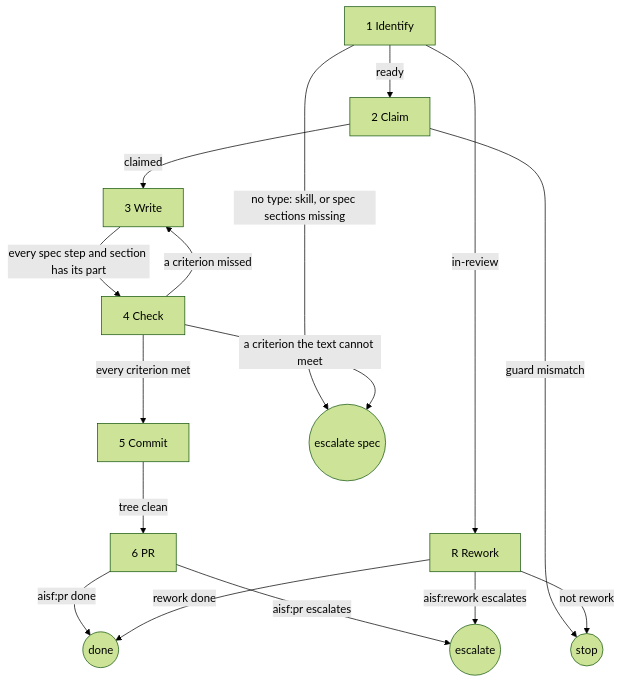
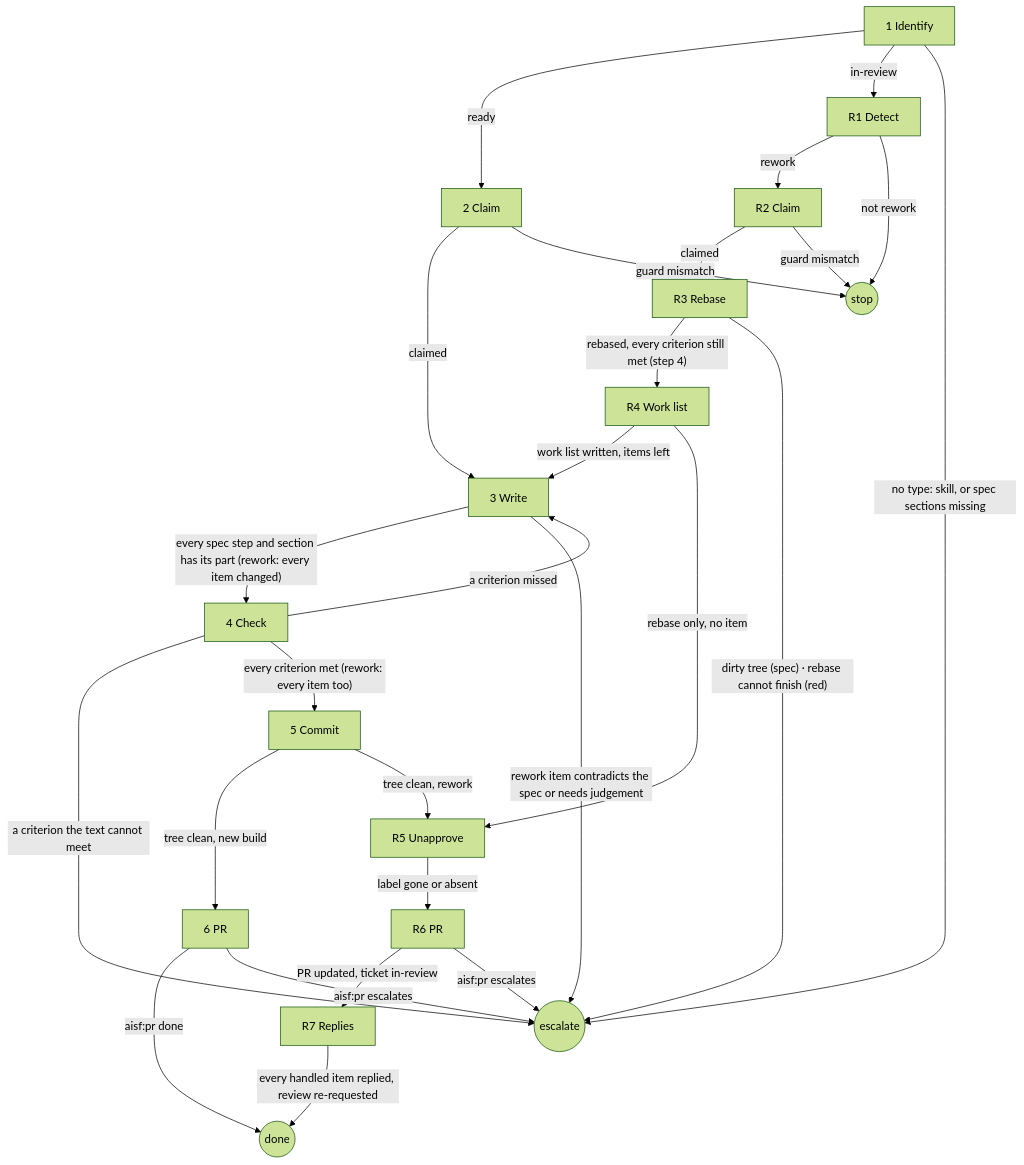
Before and after one commit to MoritzKopmann/AISoftwareFactory: the diagram in packages/plugin/commands/skill-implement-ticket/SKILL.md, drawn with Mermaid (forest theme). The commit also changed other lines of this file, not shown here.

First line of the commit message:
feat(plugin): skill-implement-ticket reworks an in-review PR with its own steps (#1004)

````diff
--- a/packages/plugin/commands/skill-implement-ticket/SKILL.md
+++ b/packages/plugin/commands/skill-implement-ticket/SKILL.md
@@ -26,18 +29,29 @@
 ```mermaid
 flowchart TD
   1[1 Identify] -->|ready| 2[2 Claim]
-  1 -->|in-review| R[R Rework]
-  1 -->|no type: skill, or spec sections missing| E((escalate spec))
+  1 -->|in-review| R1[R1 Detect]
+  1 -->|"no type: skill, or spec sections missing"| E((escalate))
   2 -->|claimed| 3[3 Write]
   2 -->|guard mismatch| S((stop))
-  3 -->|every spec step and section has its part| 4[4 Check]
+  3 -->|"every spec step and section has its part (rework: every item changed)"| 4[4 Check]
+  3 -->|rework item contradicts the spec or needs judgement| E
   4 -->|a criterion missed| 3
   4 -->|a criterion the text cannot meet| E
-  4 -->|every criterion met| 5[5 Commit]
-  5 -->|tree clean| 6[6 PR]
+  4 -->|"every criterion met (rework: every item too)"| 5[5 Commit]
+  5 -->|tree clean, new build| 6[6 PR]
+  5 -->|tree clean, rework| R5[R5 Unapprove]
   6 -->|aisf:pr done| D((done))
-  6 -->|aisf:pr escalates| X((escalate))
-  R -->|rework done| D
-  R -->|not rework| S
-  R -->|aisf:rework escalates| X
+  6 -->|aisf:pr escalates| E
+  R1 -->|rework| R2[R2 Claim]
+  R1 -->|not rework| S
+  R2 -->|claimed| R3[R3 Rebase]
+  R2 -->|guard mismatch| S
+  R3 -->|"rebased, every criterion still met (step 4)"| R4[R4 Work list]
+  R3 -->|"dirty tree (spec) · rebase cannot finish (red)"| E
+  R4 -->|work list written, items left| 3
+  R4 -->|rebase only, no item| R5
+  R5 -->|label gone or absent| R6[R6 PR]
+  R6 -->|PR updated, ticket in-review| R7[R7 Replies]
+  R6 -->|aisf:pr escalates| E
+  R7 -->|every handled item replied, review re-requested| D
 ```
````
